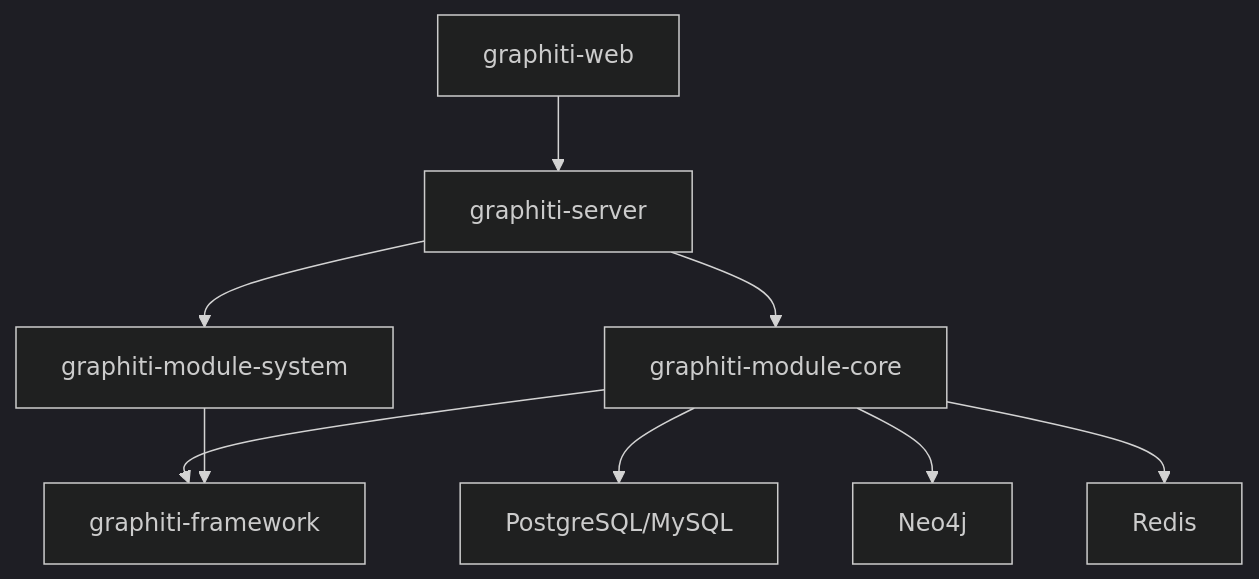
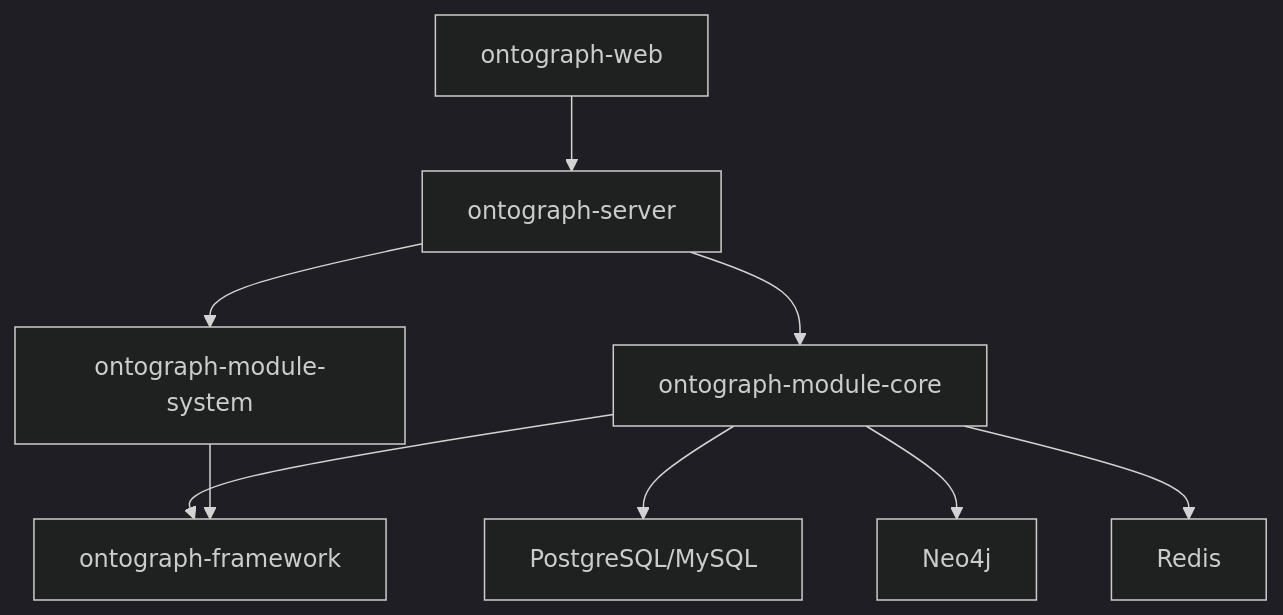
One commit to joezxh/graphiti-java changed the sixth of 6 diagrams in docs/manual/最佳实践/数据治理实践.md. Above: the diagram before and after it, drawn with Mermaid (dark theme). The commit also changed other lines of this file and 200 other files, not shown here.

````diff
--- a/docs/manual/最佳实践/数据治理实践.md
+++ b/docs/manual/最佳实践/数据治理实践.md
@@ -268,11 +268,11 @@
 ```mermaid
 graph TB
-CORE["graphiti-module-core"] --> FW["graphiti-framework"]
+CORE["ontograph-module-core"] --> FW["ontograph-framework"]
 CORE --> DB_PG["PostgreSQL/MySQL"]
 CORE --> DB_NEO["Neo4j"]
 CORE --> CACHE["Redis"]
-SYS["graphiti-module-system"] --> FW
-FE["graphiti-web"] --> BE["graphiti-server"]
+SYS["ontograph-module-system"] --> FW
+FE["ontograph-web"] --> BE["ontograph-server"]
 BE --> CORE
 BE --> SYS
 ```
````
